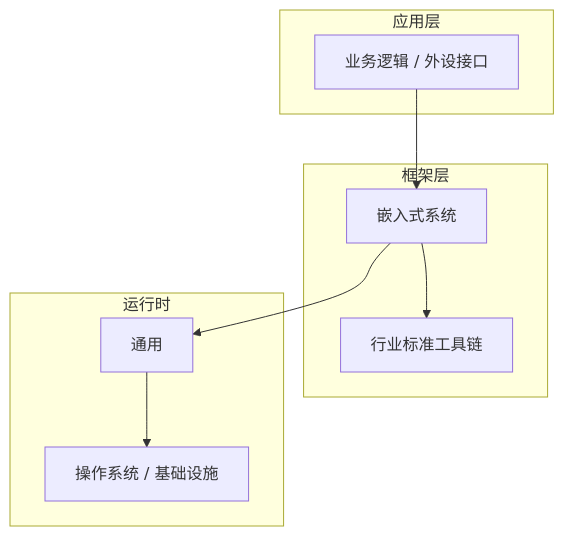
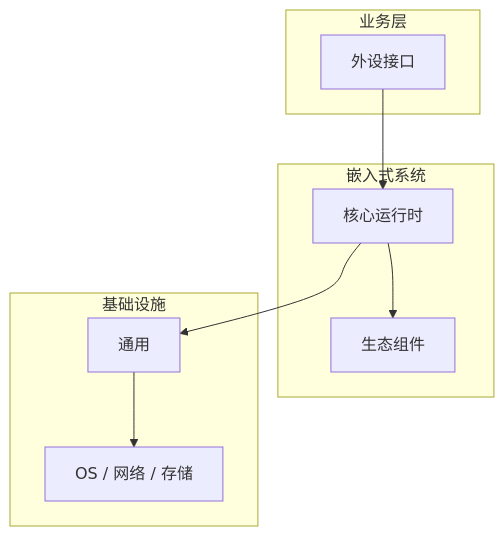
The diagram in articles/嵌入式系统/chapters/041-外设接口核心概念与原理.md (yanggan2015/knowledge-json-v2), drawn with Mermaid before and after one commit. The commit also changed other lines of this file and 10127 other files, not shown here.

````diff
--- a/articles/嵌入式系统/chapters/041-外设接口核心概念与原理.md
+++ b/articles/嵌入式系统/chapters/041-外设接口核心概念与原理.md
@@ -45,18 +34,18 @@
 ```mermaid
 graph TB
-    subgraph 应用层
-        A[业务逻辑 / 外设接口]
+    subgraph 业务层
+        A[外设接口]
     end
-    subgraph 框架层
-        B[嵌入式系统]
-        C[行业标准工具链]
+    subgraph 嵌入式系统
+        B[核心运行时]
+        C[生态组件]
     end
-    subgraph 运行时
+    subgraph 基础设施
         D[通用]
-        E[操作系统 / 基础设施]
+        E[OS / 网络 / 存储]
     end
     A --> B
     B --> C
     B --> D
     D --> E
 ```
````
